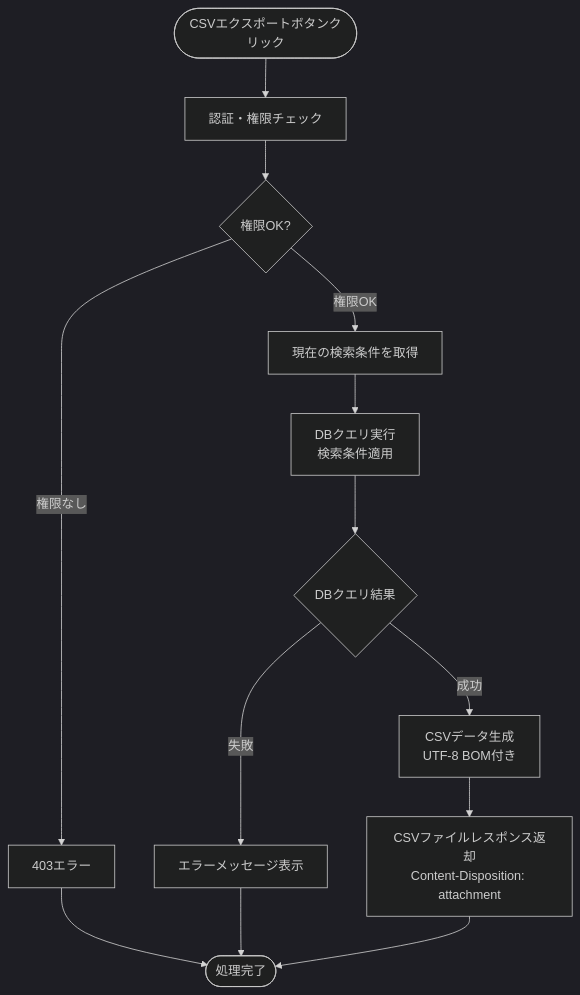
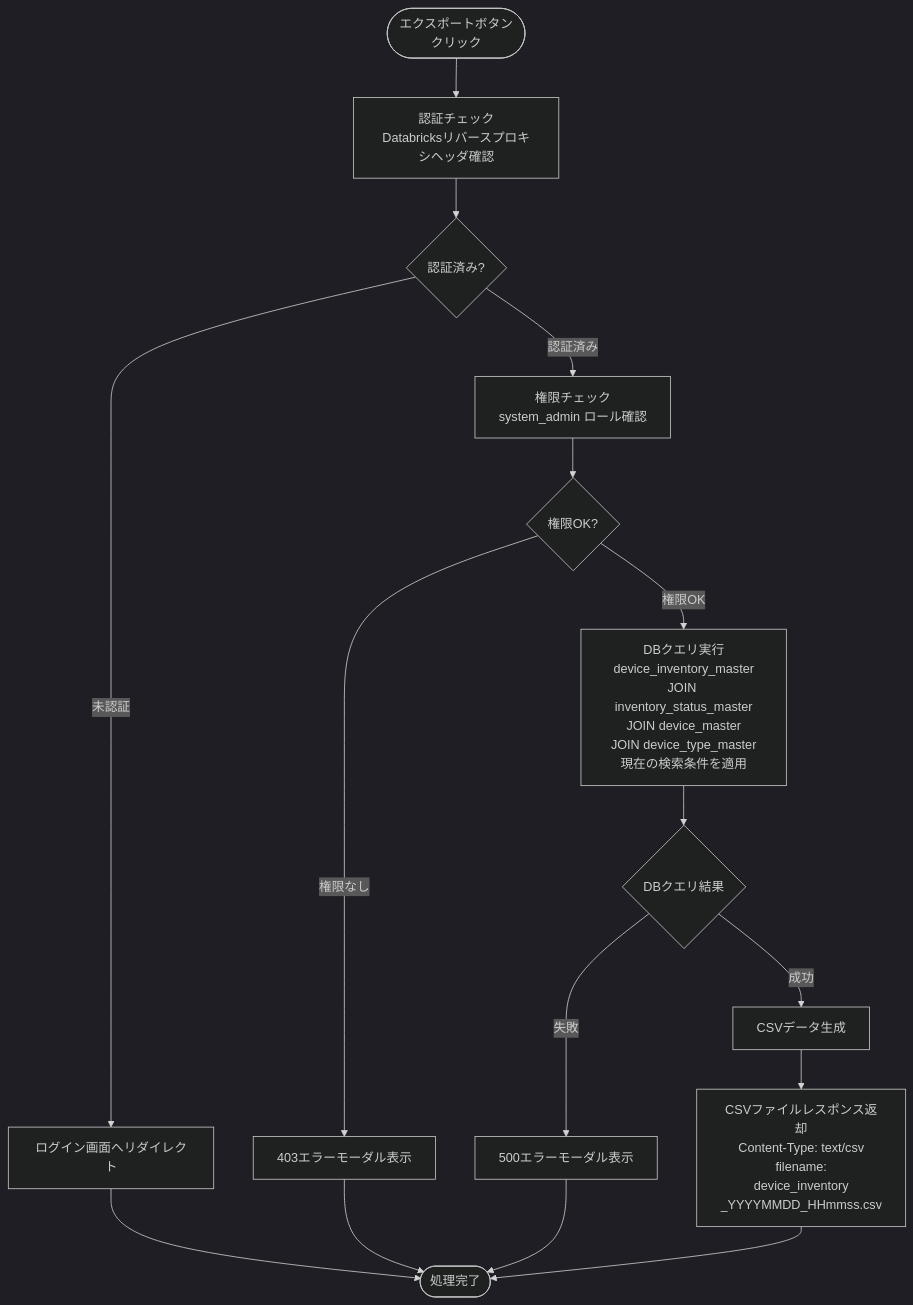
Before and after one commit to NSW-SVCP-AIWG002/Databricks-IoT: the ninth of 9 diagrams in docs/03-features/flask-app/device-inventory/workflow-specification.md, drawn with Mermaid (dark theme). The commit also changed other lines of this file and 89 other files, not shown here.

````diff
--- a/docs/03-features/flask-app/device-inventory/workflow-specification.md
+++ b/docs/03-features/flask-app/device-inventory/workflow-specification.md
@@ -762,19 +1107,22 @@
 ```mermaid
 flowchart TD
-    Start([CSVエクスポートボタンクリック]) --> Auth[認証・権限チェック]
-    Auth --> CheckPerm{権限OK?}
-    CheckPerm -->|権限なし| Error403[403エラー]
+    Start([エクスポートボタン<br>クリック]) --> Auth[認証チェック<br>Databricksリバースプロキシヘッダ確認]
+    Auth --> CheckAuth{認証済み?}
+    CheckAuth -->|未認証| Error401[ログイン画面へリダイレクト]
+    Error401 --> End([処理完了])
 
-    CheckPerm -->|権限OK| GetParams[現在の検索条件を取得]
-    GetParams --> Query[DBクエリ実行<br>検索条件適用]
-    Query --> CheckDB{DBクエリ結果}
+    CheckAuth -->|認証済み| Permission[権限チェック<br>system_admin ロール確認]
+    Permission --> CheckPerm{権限OK?}
+    CheckPerm -->|権限なし| Error403[403エラーモーダル表示]
+    Error403 --> End
 
-    CheckDB -->|失敗| Error500[エラーメッセージ表示]
+    CheckPerm -->|権限OK| GetParams[DBクエリ実行<br>device_inventory_master<br>JOIN inventory_status_master<br>JOIN device_master<br>JOIN device_type_master<br>現在の検索条件を適用]
+    GetParams --> CheckDB{DBクエリ結果}
 
-    CheckDB -->|成功| Generate[CSVデータ生成<br>UTF-8 BOM付き]
-    Generate --> Response[CSVファイルレスポンス返却<br>Content-Disposition: attachment]
+    CheckDB -->|失敗| Error500[500エラーモーダル表示]
+    Error500 --> End
 
-    Error403 --> End([処理完了])
-    Error500 --> End
+    CheckDB -->|成功| Generate[CSVデータ生成]
+    Generate --> Response[CSVファイルレスポンス返却<br>Content-Type: text/csv<br>filename:<br>device_inventory<br>_YYYYMMDD_HHmmss.csv]
     Response --> End
 ```
````
